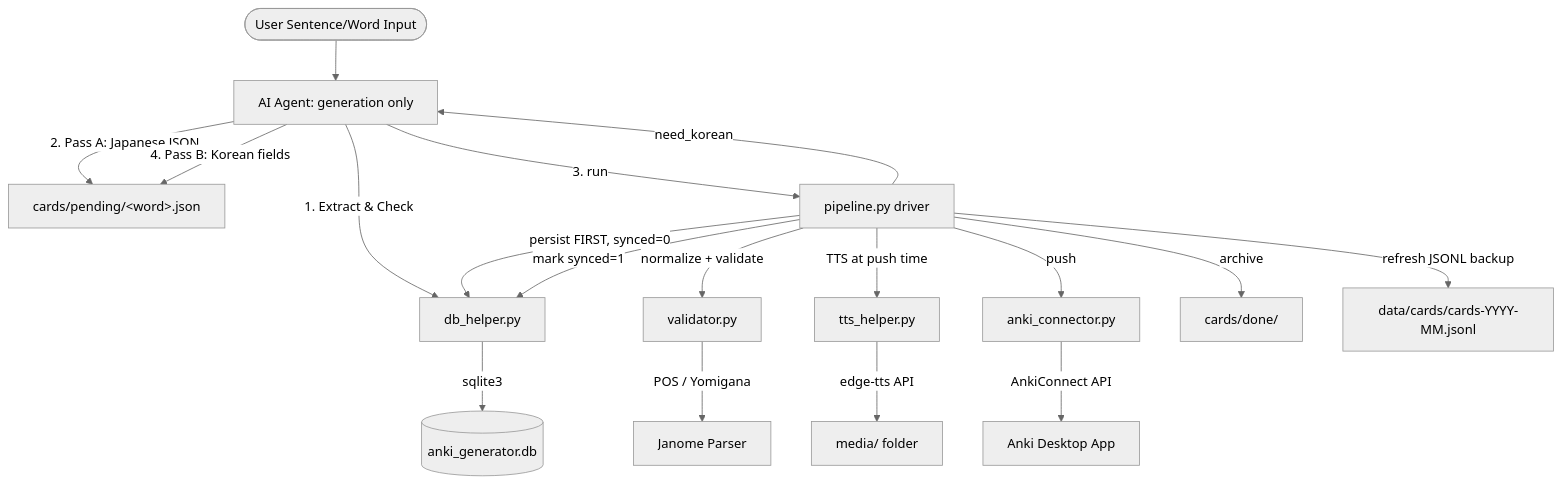
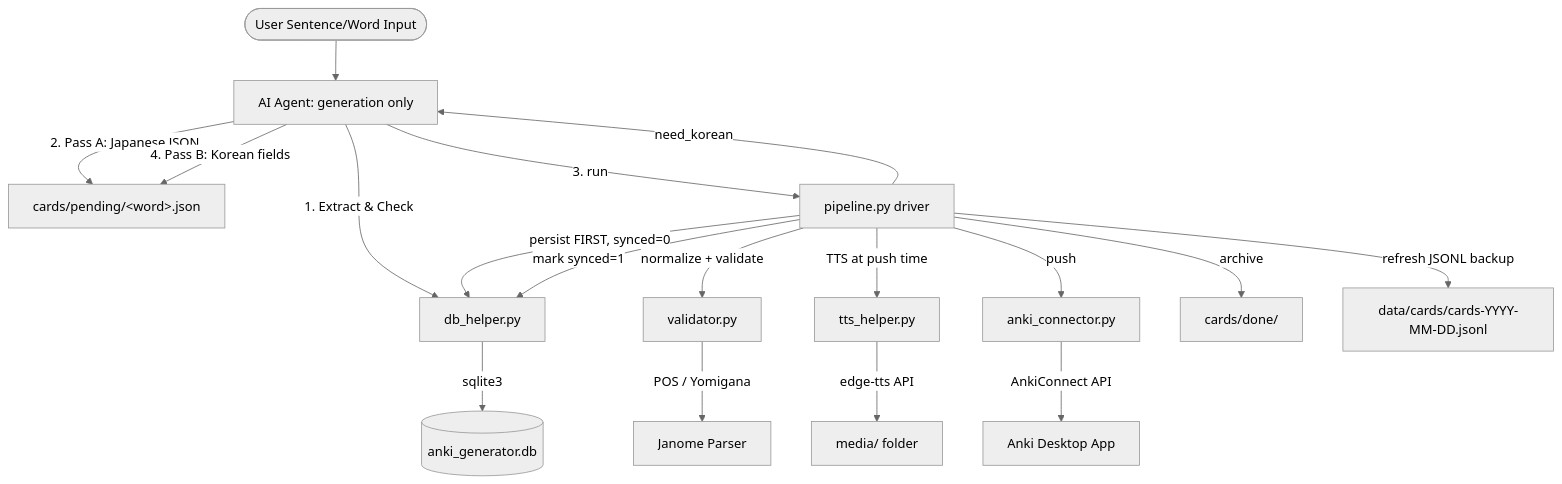
The diagram in docs/architecture.md (mjkimR/anki-generator), drawn with Mermaid (neutral theme) before and after one commit. The commit also changed other lines of this file and 7 other files, not shown here.

Commit message:
docs: update architecture, roadmap, and add development and user guides

````diff
--- a/docs/architecture.md
+++ b/docs/architecture.md
@@ -5,20 +5,20 @@
 ```mermaid
 graph TD
     User([User Sentence/Word Input]) --> Agent[AI Agent: generation only]
     Agent -->|1. Extract & Check| DB[db_helper.py]
     Agent -->|2. Pass A: Japanese JSON| WorkFile["cards/pending/&lt;word&gt;.json"]
     Agent -->|3. run| Pipeline[pipeline.py driver]
     Pipeline -->|normalize + validate| Validator[validator.py]
     Validator -->|POS / Yomigana| Janome[Janome Parser]
     Pipeline -->|need_korean| Agent
     Agent -->|4. Pass B: Korean fields| WorkFile
     Pipeline -->|persist FIRST, synced=0| DB
     DB -->|sqlite3| DB_File[(anki_generator.db)]
     Pipeline -->|TTS at push time| TTS[tts_helper.py]
     TTS -->|edge-tts API| Media[media/ folder]
     Pipeline -->|push| Connector[anki_connector.py]
     Connector -->|AnkiConnect API| Anki[Anki Desktop App]
     Pipeline -->|mark synced=1| DB
     Pipeline -->|archive| Done["cards/done/"]
-    Pipeline -->|refresh JSONL backup| Data["data/cards/cards-YYYY-MM.jsonl"]
+    Pipeline -->|refresh JSONL backup| Data["data/cards/cards-YYYY-MM-DD.jsonl"]
 ```
````
